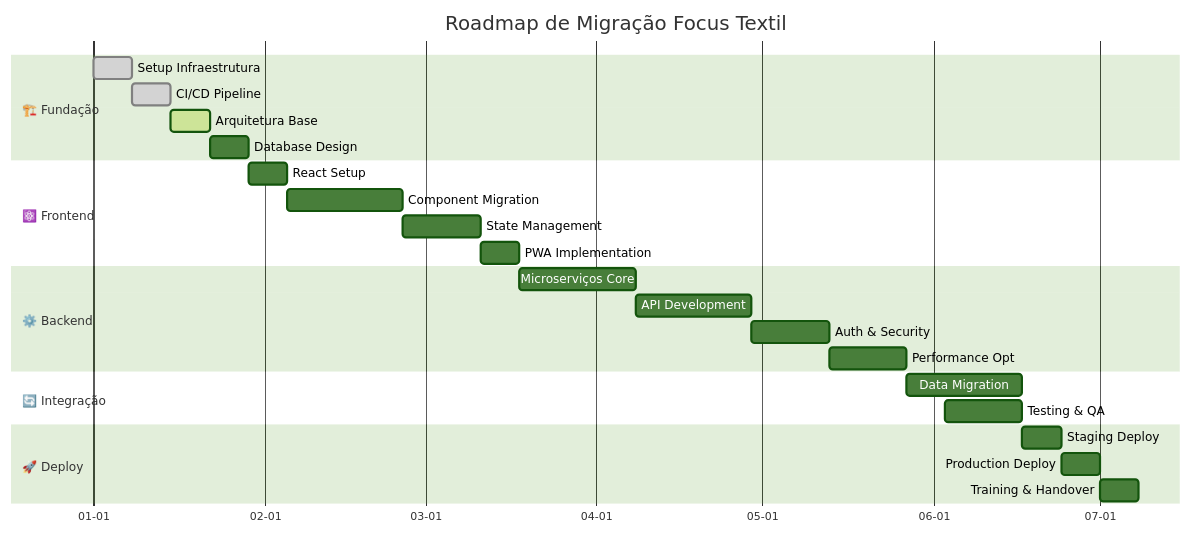
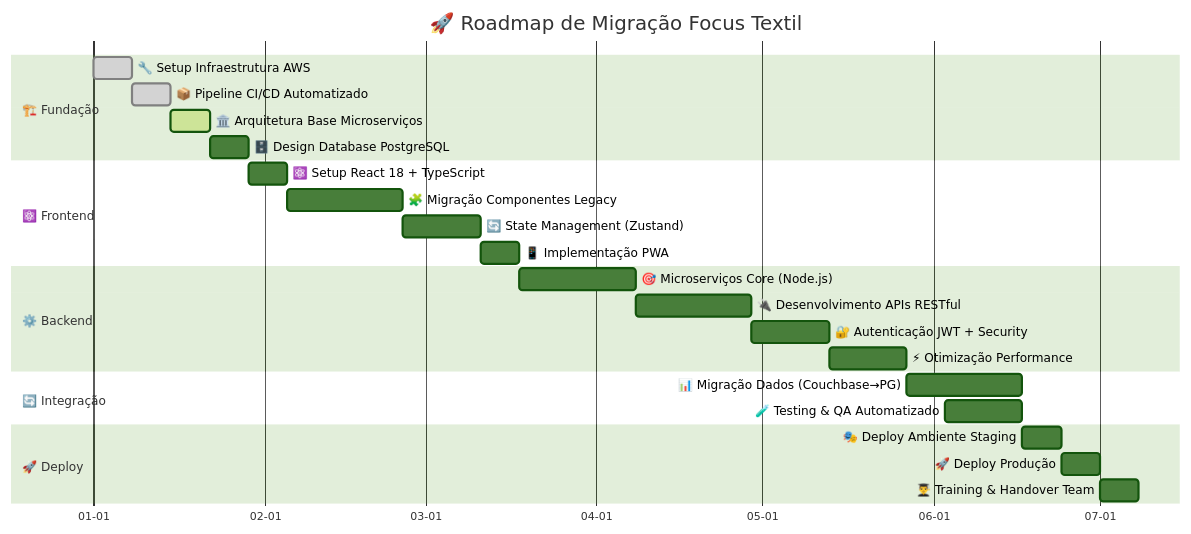
One commit to EduPereiraAlest/FocusTextil changed the fourth of 4 diagrams in README.md. Above: the diagram before and after it, drawn with Mermaid (forest theme). The commit also changed other lines of this file, not shown here.

Commit message:
docs: enhance roadmap visualization with emojis and detailed task descriptions

````diff
--- a/README.md
+++ b/README.md
@@ -280,33 +280,33 @@
 ```mermaid
 gantt
-    title Roadmap de Migração Focus Textil
+    title 🚀 Roadmap de Migração Focus Textil
     dateFormat YYYY-MM-DD
     axisFormat %m-%d
 
     section 🏗️ Fundação
-    Setup Infraestrutura    :done, infra, 2024-01-01, 7d
-    CI/CD Pipeline          :done, cicd, 2024-01-08, 7d
-    Arquitetura Base        :active, arch, 2024-01-15, 7d
-    Database Design         :db, 2024-01-22, 7d
+    🔧 Setup Infraestrutura AWS         :done, infra, 2024-01-01, 7d
+    📦 Pipeline CI/CD Automatizado      :done, cicd, 2024-01-08, 7d
+    🏛️ Arquitetura Base Microserviços  :active, arch, 2024-01-15, 7d
+    🗄️ Design Database PostgreSQL      :db, 2024-01-22, 7d
 
     section ⚛️ Frontend
-    React Setup             :react, 2024-01-29, 7d
-    Component Migration     :comp, 2024-02-05, 21d
-    State Management        :state, 2024-02-26, 14d
-    PWA Implementation      :pwa, 2024-03-11, 7d
+    ⚛️ Setup React 18 + TypeScript     :react, 2024-01-29, 7d
+    🧩 Migração Componentes Legacy     :comp, 2024-02-05, 21d
+    🔄 State Management (Zustand)      :state, 2024-02-26, 14d
+    📱 Implementação PWA               :pwa, 2024-03-11, 7d
 
     section ⚙️ Backend
-    Microserviços Core      :micro, 2024-03-18, 21d
-    API Development         :api, 2024-04-08, 21d
-    Auth & Security         :auth, 2024-04-29, 14d
-    Performance Opt         :perf, 2024-05-13, 14d
+    🎯 Microserviços Core (Node.js)    :micro, 2024-03-18, 21d
+    🔌 Desenvolvimento APIs RESTful    :api, 2024-04-08, 21d
+    🔐 Autenticação JWT + Security     :auth, 2024-04-29, 14d
+    ⚡ Otimização Performance         :perf, 2024-05-13, 14d
 
     section 🔄 Integração
-    Data Migration          :data, 2024-05-27, 21d
-    Testing & QA            :test, 2024-06-03, 14d
+    📊 Migração Dados (Couchbase→PG)  :data, 2024-05-27, 21d
+    🧪 Testing & QA Automatizado      :test, 2024-06-03, 14d
 
     section 🚀 Deploy
-    Staging Deploy          :staging, 2024-06-17, 7d
-    Production Deploy       :prod, 2024-06-24, 7d
-    Training & Handover     :training, 2024-07-01, 7d
+    🎭 Deploy Ambiente Staging         :staging, 2024-06-17, 7d
+    🚀 Deploy Produção                 :prod, 2024-06-24, 7d
+    👨‍🎓 Training & Handover Team       :training, 2024-07-01, 7d
 ```
````
